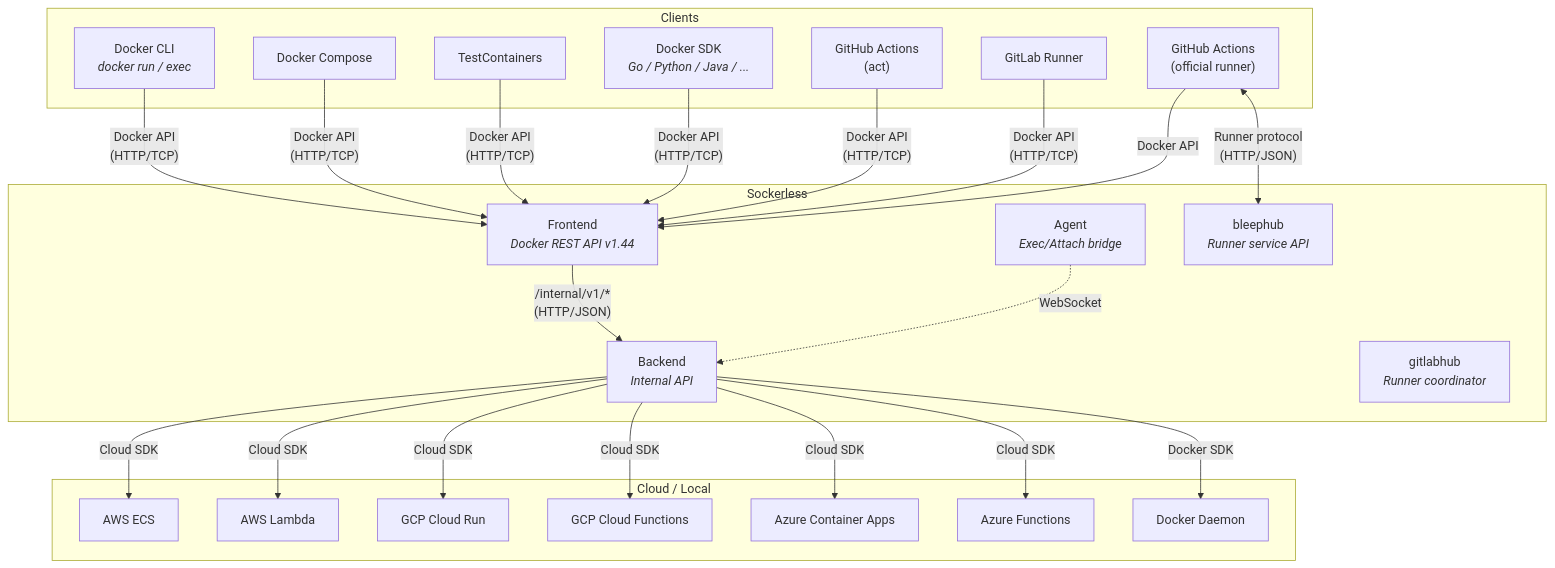
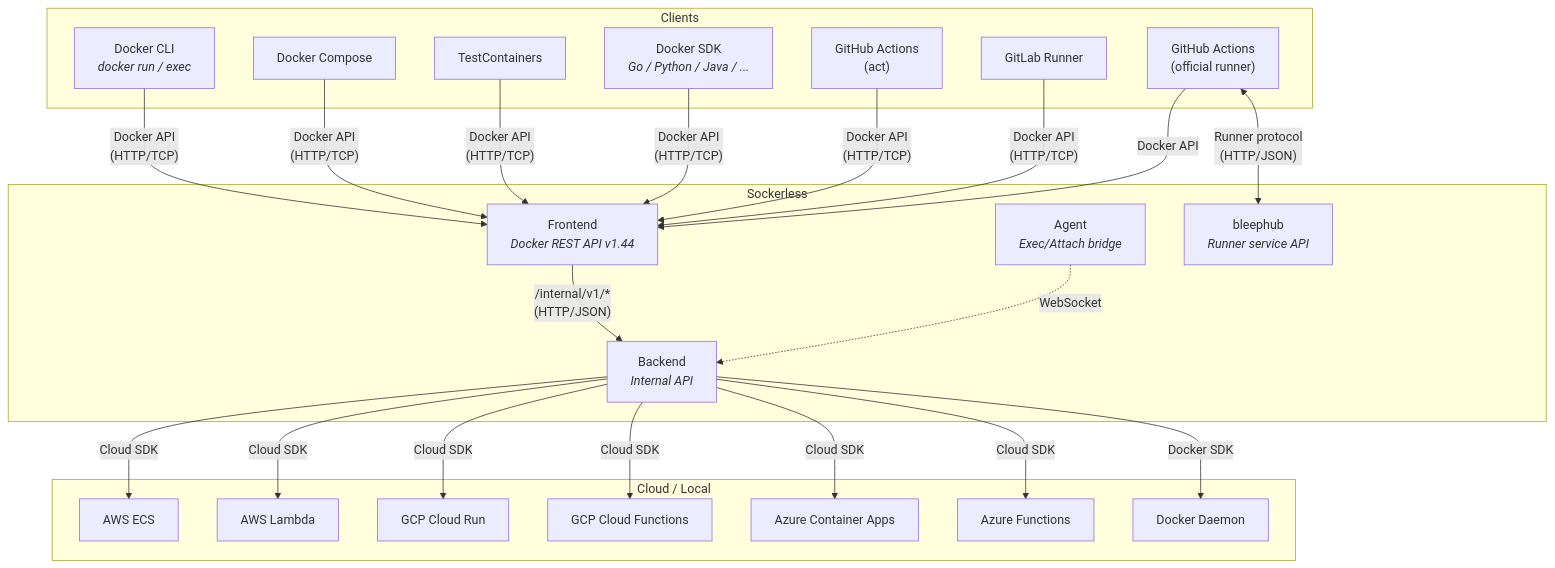
The first of 12 diagrams in ARCHITECTURE.md (e6qu/sockerless), drawn with Mermaid before and after one commit. The commit also changed other lines of this file and 122 other files, not shown here.

````diff
--- a/ARCHITECTURE.md
+++ b/ARCHITECTURE.md
@@ -9,38 +9,37 @@
 ```mermaid
 graph TB
     subgraph Clients
         CLI["Docker CLI<br/><i>docker run / exec</i>"]
         COMPOSE["Docker Compose"]
         TC["TestContainers"]
         SDK["Docker SDK<br/><i>Go / Python / Java / ...</i>"]
         ACT["GitHub Actions<br/>(act)"]
         GHR["GitHub Actions<br/>(official runner)"]
         GLR["GitLab Runner"]
     end
 
     subgraph Sockerless
         FE["Frontend<br/><i>Docker REST API v1.44</i>"]
         BE["Backend<br/><i>Internal API</i>"]
         AG["Agent<br/><i>Exec/Attach bridge</i>"]
         BPH["bleephub<br/><i>Runner service API</i>"]
-        GLH["gitlabhub<br/><i>Runner coordinator</i>"]
     end
 
     subgraph "Cloud / Local"
         ECS["AWS ECS"]
         LAM["AWS Lambda"]
         CR["GCP Cloud Run"]
         GCF["GCP Cloud Functions"]
         ACA["Azure Container Apps"]
         AZF["Azure Functions"]
         DOCK["Docker Daemon"]
     end
 
     CLI & COMPOSE & TC & SDK & ACT & GLR -->|"Docker API<br/>(HTTP/TCP)"| FE
     GHR -->|"Docker API"| FE
     GHR <-->|"Runner protocol<br/>(HTTP/JSON)"| BPH
     FE -->|"/internal/v1/*<br/>(HTTP/JSON)"| BE
     BE -->|"Cloud SDK"| ECS & LAM & CR & GCF & ACA & AZF
     BE -->|"Docker SDK"| DOCK
     AG -.->|"WebSocket"| BE
 ```
````
